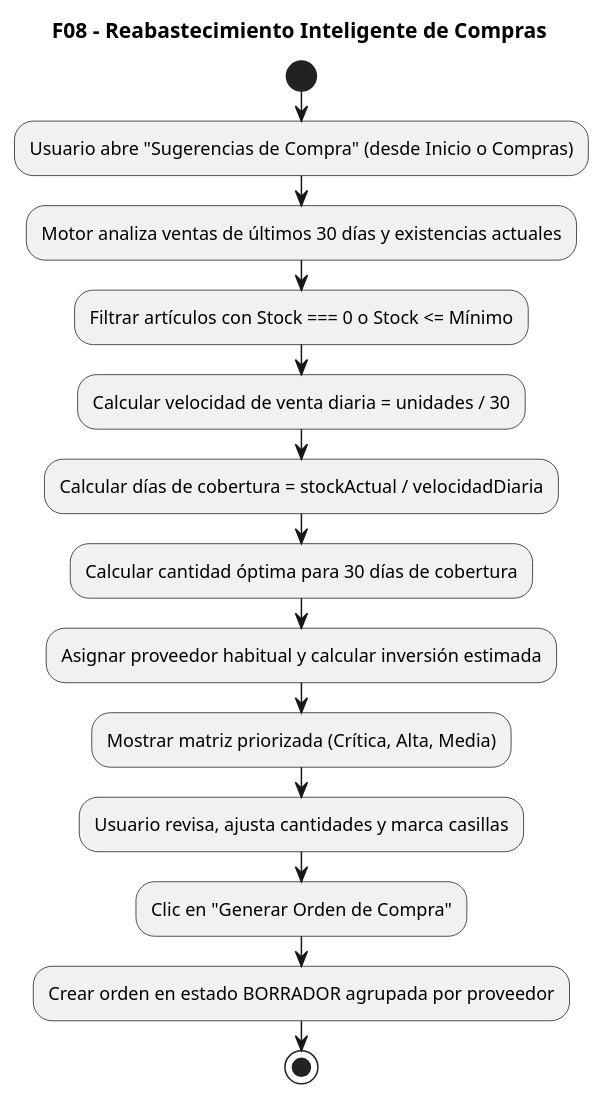
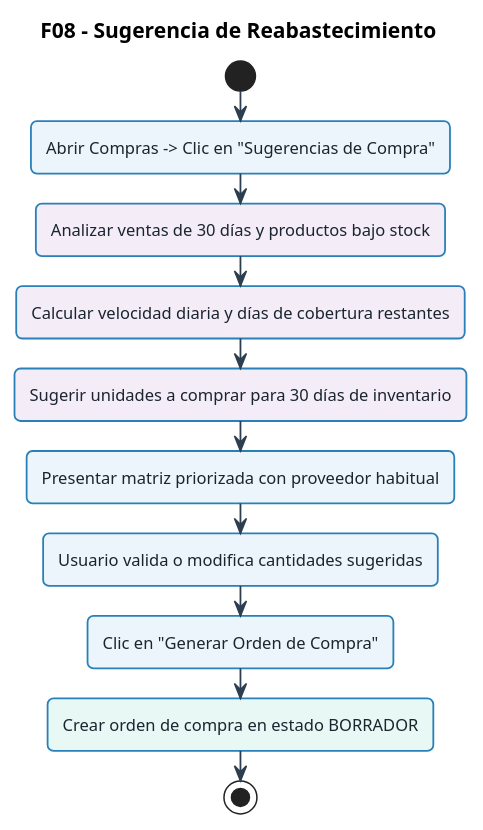
The eighth of 11 diagrams in docs/UML-flujos/flujos-consolidados-kipu.md (xmenil/ERP-KIPUS), drawn with PlantUML before and after one commit. The commit also changed other lines of this file and 23 other files, not shown here.

Commit message:
docs(uml): simplificar flujos con estilo Bizagi BPMN coloreado y regenerar imagenes PNG

````diff
--- a/docs/UML-flujos/flujos-consolidados-kipu.md
+++ b/docs/UML-flujos/flujos-consolidados-kipu.md
@@ -492,22 +491,42 @@
 ```plantuml
 @startuml
-skinparam monochrome true
+skinparam defaultFontName "Segoe UI", Arial, sans-serif
+skinparam defaultFontSize 11
+skinparam roundCorner 8
 skinparam shadowing false
+skinparam ArrowColor #2C3E50
+skinparam ArrowThickness 1.2
 
-title F08 - Reabastecimiento Inteligente de Compras
+skinparam activity {
+  BackgroundColor #EBF5FB
+  BorderColor #2980B9
+  BorderThickness 1.2
+  FontColor #1A252F
+}
+skinparam decision {
+  BackgroundColor #FEF9E7
+  BorderColor #F39C12
+  BorderThickness 1.2
+  FontColor #7D6608
+}
+skinparam start {
+  Color #27AE60
+}
+skinparam stop {
+  Color #C0392B
+}
+
+title F08 - Sugerencia de Reabastecimiento
 
 start
-:Usuario abre "Sugerencias de Compra" (desde Inicio o Compras);
-:Motor analiza ventas de últimos 30 días y existencias actuales;
-:Filtrar artículos con Stock === 0 o Stock <= Mínimo;
-:Calcular velocidad de venta diaria = unidades / 30;
-:Calcular días de cobertura = stockActual / velocidadDiaria;
-:Calcular cantidad óptima para 30 días de cobertura;
-:Asignar proveedor habitual y calcular inversión estimada;
-:Mostrar matriz priorizada (Crítica, Alta, Media);
-:Usuario revisa, ajusta cantidades y marca casillas;
+:Abrir Compras -> Clic en "Sugerencias de Compra";
+#F4ECF7:Analizar ventas de 30 días y productos bajo stock;
+#F4ECF7:Calcular velocidad diaria y días de cobertura restantes;
+#F4ECF7:Sugerir unidades a comprar para 30 días de inventario;
+:Presentar matriz priorizada con proveedor habitual;
+:Usuario valida o modifica cantidades sugeridas;
 :Clic en "Generar Orden de Compra";
-:Crear orden en estado BORRADOR agrupada por proveedor;
+#E8F8F5:Crear orden de compra en estado BORRADOR;
 stop
 @enduml
 ```
````
